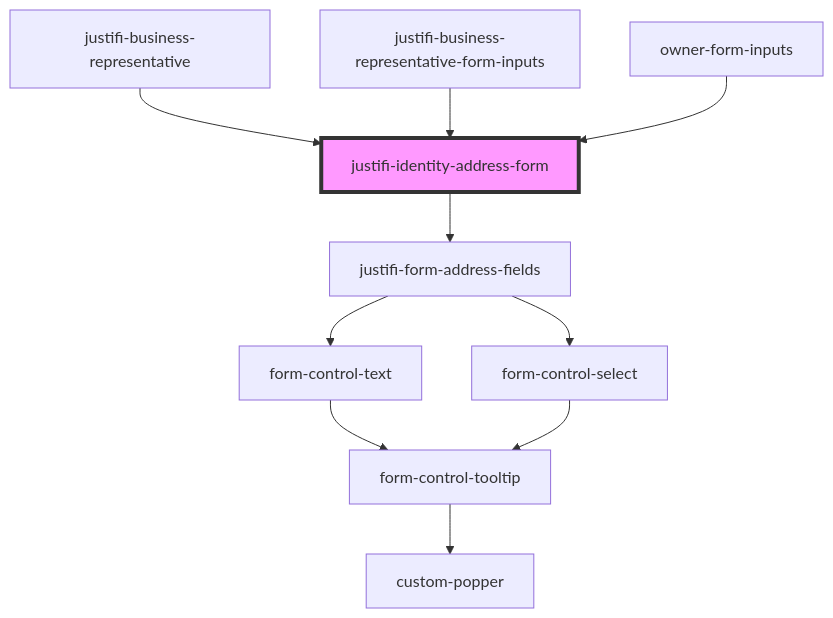
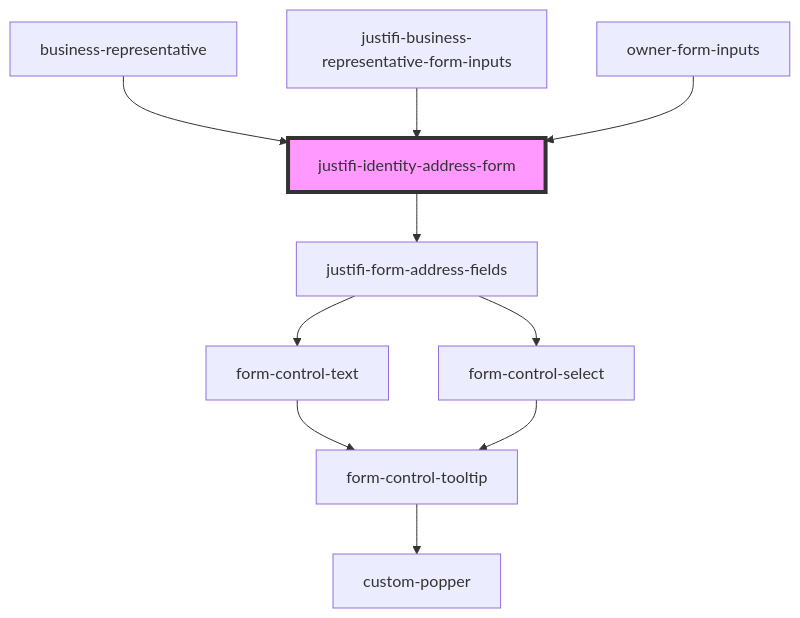
Before and after one commit to justifi-tech/web-component-library: the diagram in packages/webcomponents/src/components/business-forms/owner-form/identity-address/readme.md, drawn with Mermaid. The commit also changed other lines of this file and 14 other files, not shown here.

First line of the commit message:
Refactor business forms components to remove 'Justifi' prefix

````diff
--- a/packages/webcomponents/src/components/business-forms/owner-form/identity-address/readme.md
+++ b/packages/webcomponents/src/components/business-forms/owner-form/identity-address/readme.md
@@ -31,13 +31,13 @@
 ```mermaid
 graph TD;
   justifi-identity-address-form --> justifi-form-address-fields
   justifi-form-address-fields --> form-control-text
   justifi-form-address-fields --> form-control-select
   form-control-text --> form-control-tooltip
   form-control-tooltip --> custom-popper
   form-control-select --> form-control-tooltip
-  justifi-business-representative --> justifi-identity-address-form
+  business-representative --> justifi-identity-address-form
   justifi-business-representative-form-inputs --> justifi-identity-address-form
   owner-form-inputs --> justifi-identity-address-form
   style justifi-identity-address-form fill:#f9f,stroke:#333,stroke-width:4px
 ```
````
